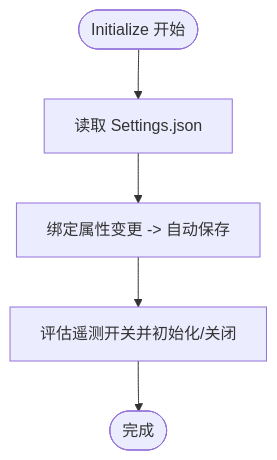
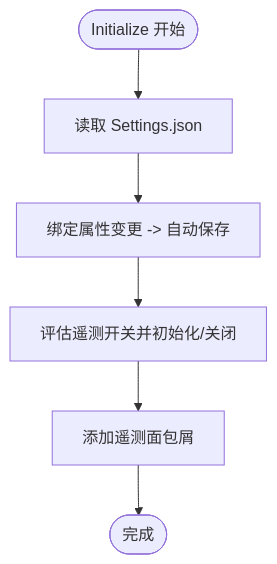
Before and after one commit to ShihaoShenDev/AgentIsland: the fourth of 8 diagrams in .qoder/repowiki/zh/content/架构设计/插件架构.md, drawn with Mermaid. The commit also changed other lines of this file and 31 other files, not shown here.

````diff
--- a/.qoder/repowiki/zh/content/架构设计/插件架构.md
+++ b/.qoder/repowiki/zh/content/架构设计/插件架构.md
@@ -228,7 +256,8 @@
 ```mermaid
 flowchart TD
 Start(["Initialize 开始"]) --> LoadCfg["读取 Settings.json"]
 LoadCfg --> BindSave["绑定属性变更 -> 自动保存"]
 BindSave --> EvalTel["评估遥测开关并初始化/关闭"]
-EvalTel --> End(["完成"])
+EvalTel --> AddBreadcrumb["添加遥测面包屑"]
+AddBreadcrumb --> End(["完成"])
 ```
````
